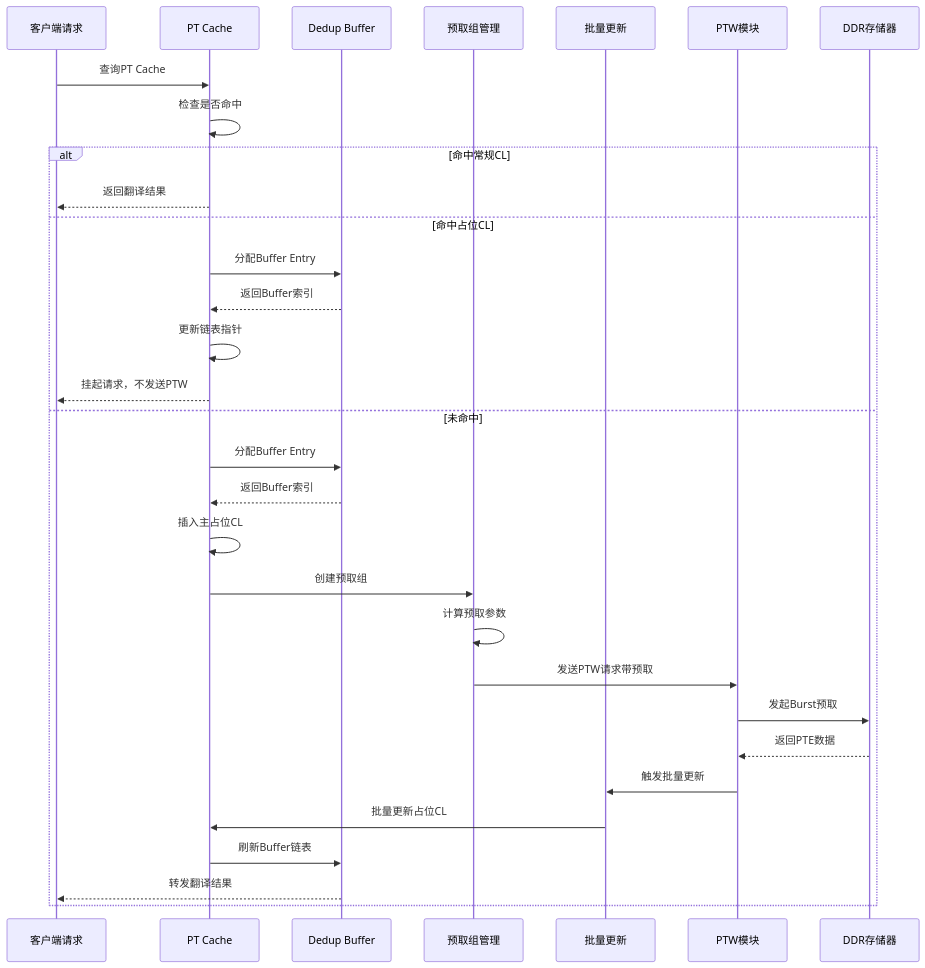
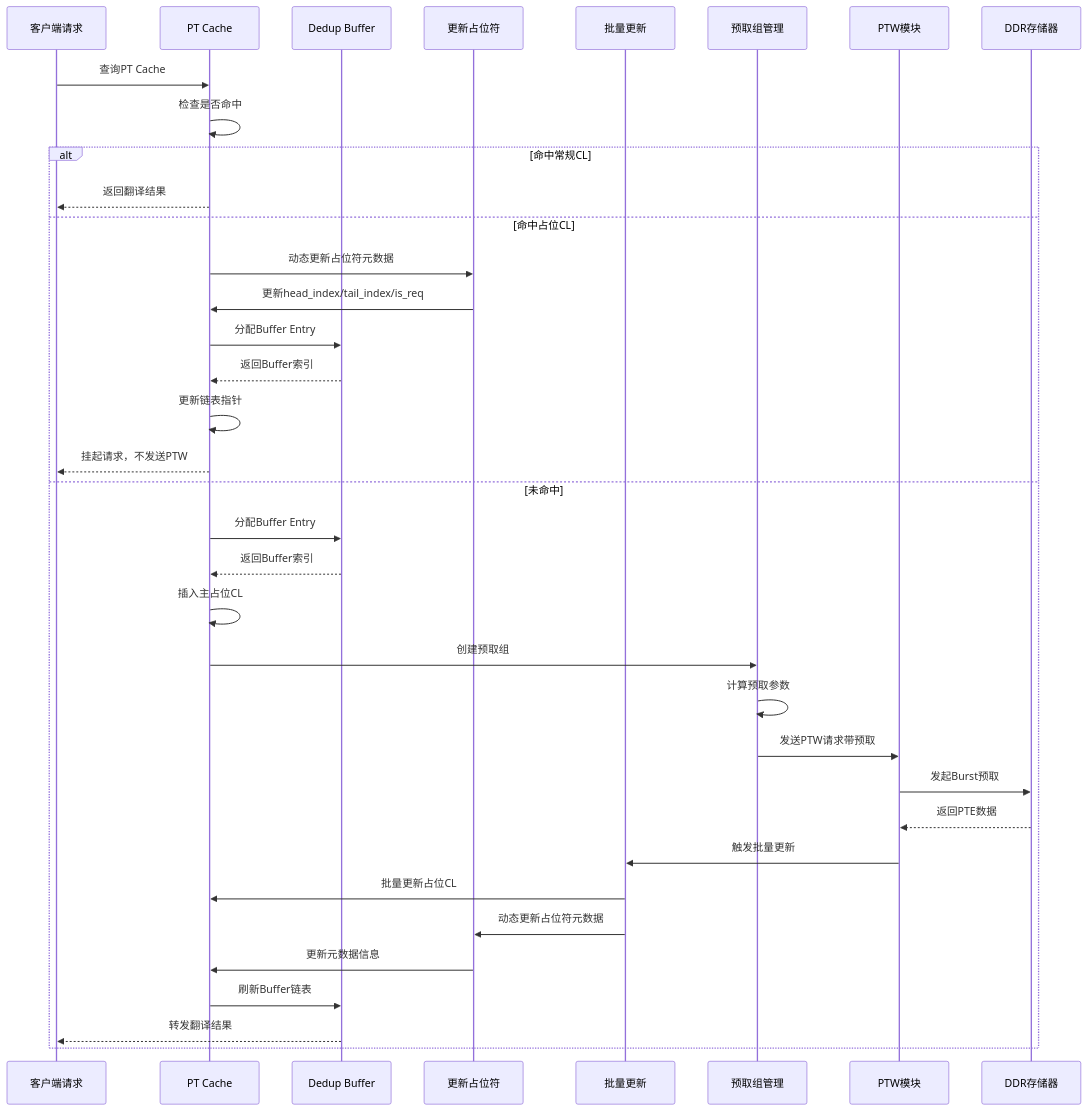
Before and after one commit to jiangjiang1122/iommu_model_20260401_v1: the second of 7 diagrams in .qoder/repowiki/zh/content/缓存系统架构/页表缓存(PT Cache)/PT Cache去重+预取集成.md, drawn with Mermaid. The commit also changed other lines of this file and 10 other files, not shown here.

````diff
--- a/.qoder/repowiki/zh/content/缓存系统架构/页表缓存(PT Cache)/PT Cache去重+预取集成.md
+++ b/.qoder/repowiki/zh/content/缓存系统架构/页表缓存(PT Cache)/PT Cache去重+预取集成.md
@@ -154,33 +177,38 @@
 ```mermaid
 sequenceDiagram
 participant Client as 客户端请求
 participant PT_CACHE as PT Cache
 participant DEDUP_BUF as Dedup Buffer
+participant UPDATE_PLACEHOLDER as 更新占位符
+participant BATCH_UPDATE as 批量更新
 participant PREFETCH_GROUP as 预取组管理
-participant BATCH_UPDATE as 批量更新
 participant PTW as PTW模块
 participant DDR as DDR存储器
 Client->>PT_CACHE : 查询PT Cache
 PT_CACHE->>PT_CACHE : 检查是否命中
 alt 命中常规CL
 PT_CACHE-->>Client : 返回翻译结果
 else 命中占位CL
+PT_CACHE->>UPDATE_PLACEHOLDER : 动态更新占位符元数据
+UPDATE_PLACEHOLDER->>PT_CACHE : 更新head_index/tail_index/is_req
 PT_CACHE->>DEDUP_BUF : 分配Buffer Entry
 DEDUP_BUF-->>PT_CACHE : 返回Buffer索引
 PT_CACHE->>PT_CACHE : 更新链表指针
 PT_CACHE-->>Client : 挂起请求，不发送PTW
 else 未命中
 PT_CACHE->>DEDUP_BUF : 分配Buffer Entry
 DEDUP_BUF-->>PT_CACHE : 返回Buffer索引
 PT_CACHE->>PT_CACHE : 插入主占位CL
 PT_CACHE->>PREFETCH_GROUP : 创建预取组
 PREFETCH_GROUP->>PREFETCH_GROUP : 计算预取参数
 PREFETCH_GROUP->>PTW : 发送PTW请求带预取
 PTW->>DDR : 发起Burst预取
 DDR-->>PTW : 返回PTE数据
 PTW->>BATCH_UPDATE : 触发批量更新
 BATCH_UPDATE->>PT_CACHE : 批量更新占位CL
+BATCH_UPDATE->>UPDATE_PLACEHOLDER : 动态更新占位符元数据
+UPDATE_PLACEHOLDER->>PT_CACHE : 更新元数据信息
 PT_CACHE->>DEDUP_BUF : 刷新Buffer链表
 DEDUP_BUF-->>Client : 转发翻译结果
 end
 ```
````
